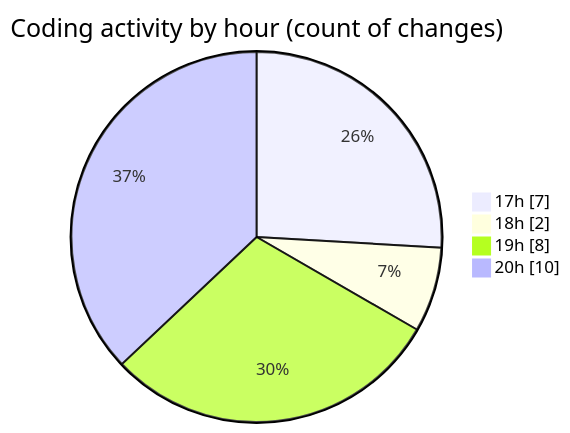
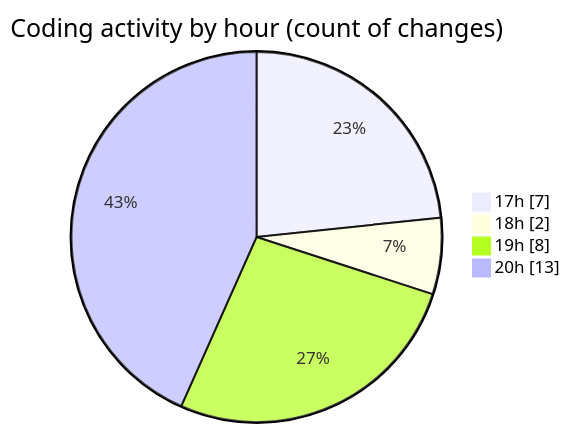
The second of 2 diagrams in 2025-01-12/myws__workspace_/README.md (MatusMokan/code-tracking), drawn with Mermaid before and after one commit. The commit also changed other lines of this file and 1 other file, not shown here.

````diff
--- a/2025-01-12/myws__workspace_/README.md
+++ b/2025-01-12/myws__workspace_/README.md
@@ -29,8 +29,8 @@
 ```mermaid
 pie showData
 title Coding activity by hour (count of changes)
 "17h" : 7
 "18h" : 2
 "19h" : 8
-"20h" : 10
+"20h" : 13
 ```
````
